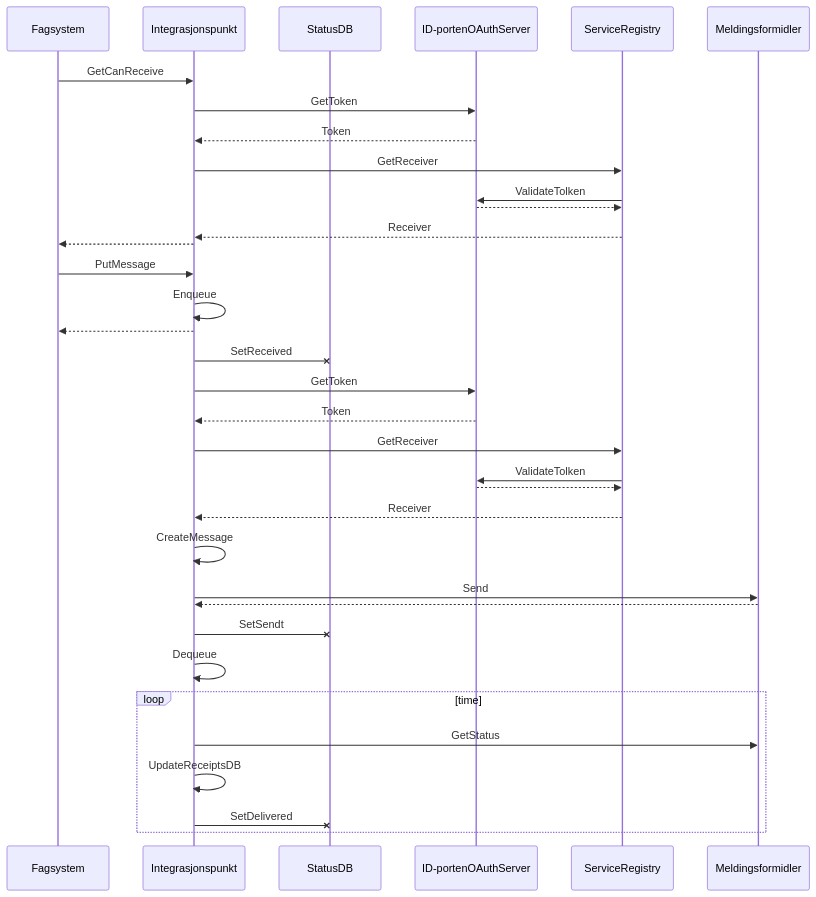
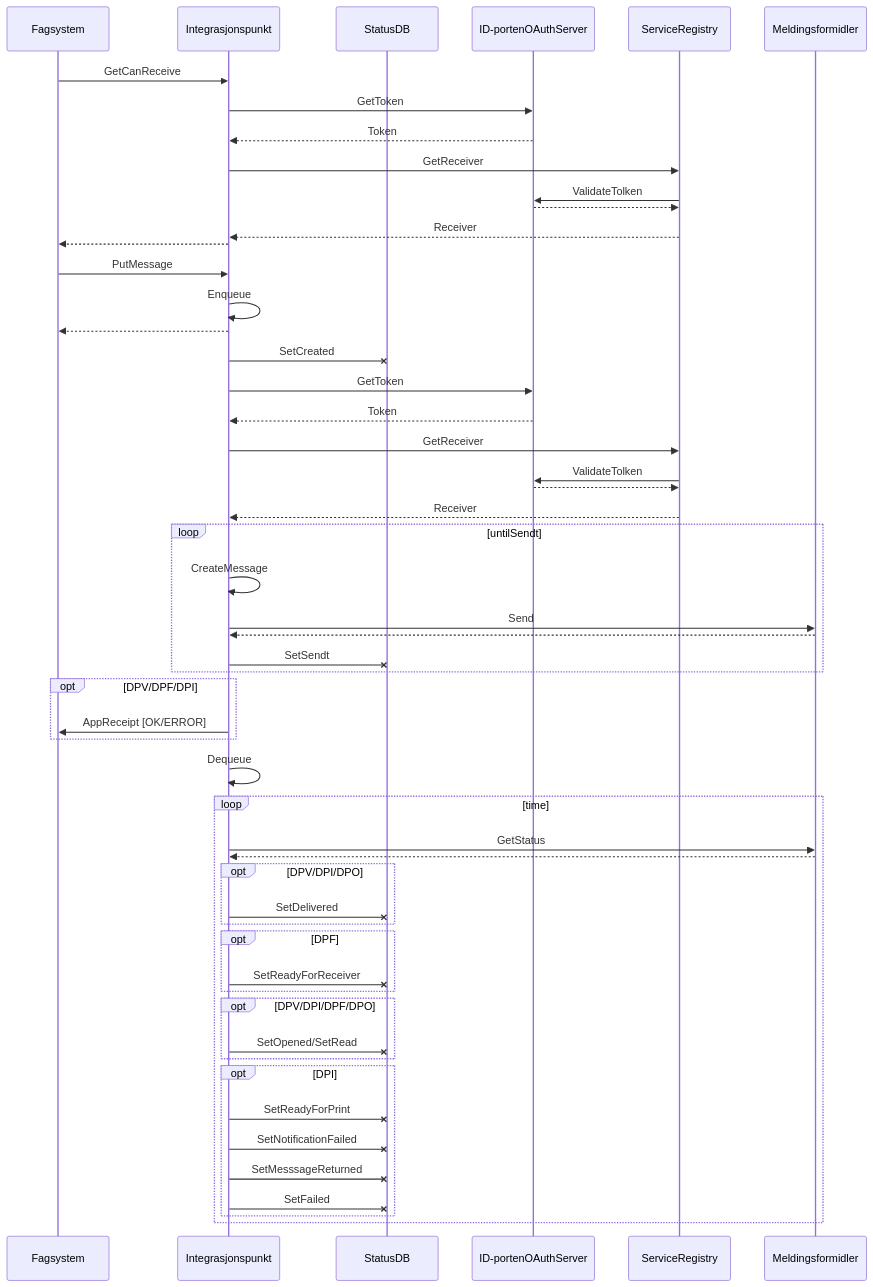
The ninth of 9 diagrams in pages/Integrasjonspunktet/messagetypes.md (difi/eformidling), drawn with Mermaid before and after one commit. The commit also changed other lines of this file, not shown here.

Commit message:
Oppdatert meldingsflyt

```diff
--- a/pages/Integrasjonspunktet/messagetypes.md
+++ b/pages/Integrasjonspunktet/messagetypes.md
@@ -291,38 +294,57 @@
 <div class="mermaid">
 sequenceDiagram
     participant fs as Fagsystem
     participant ip as Integrasjonspunkt 
     participant db as StatusDB
     participant oidc as ID-portenOAuthServer
     participant sr as ServiceRegistry
     participant mf  as Meldingsformidler
 
     fs->>ip: GetCanReceive
     ip->>oidc: GetToken
     oidc-->>ip: Token
     ip->>sr: GetReceiver
     sr->>oidc: ValidateTolken
     oidc-->>sr: 
     sr-->>ip: Receiver
     ip-->>fs: 
     fs->>ip: PutMessage
     ip->>ip: Enqueue
     ip-->>fs: 
-    ip-Xdb: SetReceived
+    ip-Xdb: SetCreated
     ip->>oidc: GetToken
     oidc-->>ip: Token
     ip->>sr: GetReceiver
     sr->>oidc: ValidateTolken
     oidc-->>sr: 
     sr-->>ip: Receiver
+    loop untilSendt
     ip->>ip: CreateMessage
     ip->>mf: Send    
     mf-->>ip: 
     ip-Xdb: SetSendt
+    end
+    opt DPV/DPF/DPI
+        ip->>fs:AppReceipt [OK/ERROR]
+    end
     ip->>ip: Dequeue 
-    loop time
+    loop time    
         ip->>mf: GetStatus
-        ip->>ip: UpdateReceiptsDB
-        ip-Xdb: SetDelivered
+        mf-->>ip: 
+        opt DPV/DPI/DPO
+            ip-Xdb: SetDelivered
+        end
+        opt DPF
+            ip-Xdb: SetReadyForReceiver
+        end
+        opt DPV/DPI/DPF/DPO
+            ip-Xdb: SetOpened/SetRead
+        end
+        opt DPI
+            ip-Xdb: SetReadyForPrint
+            ip-Xdb: SetNotificationFailed
+            ip-Xdb: SetMesssageReturned
+            ip-Xdb: SetFailed
+        end
     end
 </div>
```
